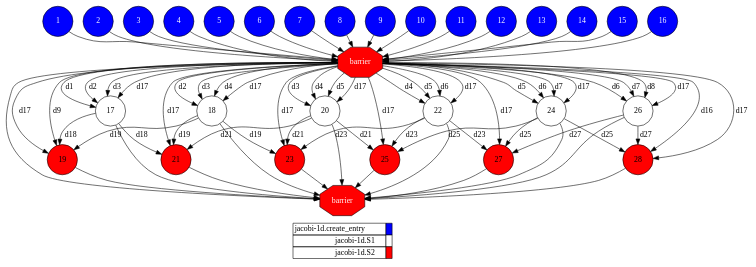
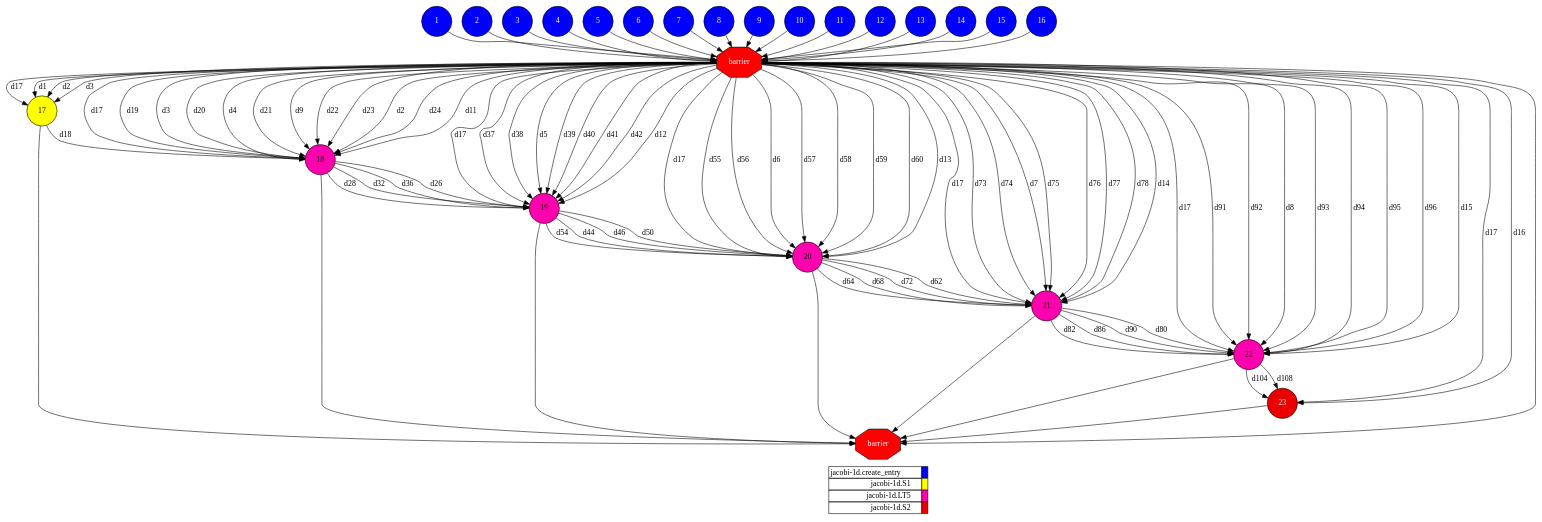
Before and after one commit to cristianrcv/pycompss-autoparallel: the diagram in examples/jacobi-1d/results/local/autoparallel/complete_graph.dot, drawn with Graphviz. The commit also changed 69 other files, not shown here.

```diff
--- a/examples/jacobi-1d/results/local/autoparallel/complete_graph.dot
+++ b/examples/jacobi-1d/results/local/autoparallel/complete_graph.dot
@@ -1,137 +1,156 @@
 digraph {
   rankdir=TB;
   labeljust="l";
   subgraph dependence_graph {
     ranksep=0.20;
     node[height=0.75];
 
 1[shape=circle, style=filled fillcolor="#0000ff" fontcolor="#ffffff"];
 2[shape=circle, style=filled fillcolor="#0000ff" fontcolor="#ffffff"];
 3[shape=circle, style=filled fillcolor="#0000ff" fontcolor="#ffffff"];
 4[shape=circle, style=filled fillcolor="#0000ff" fontcolor="#ffffff"];
 5[shape=circle, style=filled fillcolor="#0000ff" fontcolor="#ffffff"];
 6[shape=circle, style=filled fillcolor="#0000ff" fontcolor="#ffffff"];
 7[shape=circle, style=filled fillcolor="#0000ff" fontcolor="#ffffff"];
 8[shape=circle, style=filled fillcolor="#0000ff" fontcolor="#ffffff"];
 9[shape=circle, style=filled fillcolor="#0000ff" fontcolor="#ffffff"];
 10[shape=circle, style=filled fillcolor="#0000ff" fontcolor="#ffffff"];
 11[shape=circle, style=filled fillcolor="#0000ff" fontcolor="#ffffff"];
 12[shape=circle, style=filled fillcolor="#0000ff" fontcolor="#ffffff"];
 13[shape=circle, style=filled fillcolor="#0000ff" fontcolor="#ffffff"];
 14[shape=circle, style=filled fillcolor="#0000ff" fontcolor="#ffffff"];
 15[shape=circle, style=filled fillcolor="#0000ff" fontcolor="#ffffff"];
 16[shape=circle, style=filled fillcolor="#0000ff" fontcolor="#ffffff"];
 Synchro1[label="barrier", shape=octagon, style=filled fillcolor="#ff0000" fontcolor="#FFFFFF"];
+14 -> Synchro1;
+6 -> Synchro1;
+3 -> Synchro1;
+4 -> Synchro1;
+8 -> Synchro1;
+7 -> Synchro1;
+2 -> Synchro1;
+12 -> Synchro1;
+5 -> Synchro1;
 11 -> Synchro1;
-3 -> Synchro1;
-6 -> Synchro1;
+16 -> Synchro1;
+1 -> Synchro1;
+9 -> Synchro1;
+13 -> Synchro1;
 10 -> Synchro1;
-9 -> Synchro1;
-12 -> Synchro1;
-1 -> Synchro1;
 15 -> Synchro1;
-5 -> Synchro1;
-4 -> Synchro1;
-7 -> Synchro1;
-8 -> Synchro1;
-16 -> Synchro1;
-14 -> Synchro1;
-13 -> Synchro1;
-2 -> Synchro1;
-17[shape=circle, style=filled fillcolor="#ffffff" fontcolor="#000000"];
+17[shape=circle, style=filled fillcolor="#ffff00" fontcolor="#000000"];
 Synchro1 -> 17[ label="d17" ];
 Synchro1 -> 17[ label="d1" ];
 Synchro1 -> 17[ label="d2" ];
 Synchro1 -> 17[ label="d3" ];
-18[shape=circle, style=filled fillcolor="#ffffff" fontcolor="#000000"];
+18[shape=circle, style=filled fillcolor="#ff00ae" fontcolor="#000000"];
 Synchro1 -> 18[ label="d17" ];
+Synchro1 -> 18[ label="d19" ];
+Synchro1 -> 18[ label="d3" ];
+Synchro1 -> 18[ label="d20" ];
+Synchro1 -> 18[ label="d4" ];
+Synchro1 -> 18[ label="d21" ];
+Synchro1 -> 18[ label="d9" ];
+Synchro1 -> 18[ label="d22" ];
+17 -> 18[ label="d18" ];
+Synchro1 -> 18[ label="d23" ];
 Synchro1 -> 18[ label="d2" ];
-Synchro1 -> 18[ label="d3" ];
-Synchro1 -> 18[ label="d4" ];
-19[shape=circle, style=filled fillcolor="#ff0000" fontcolor="#000000"];
+Synchro1 -> 18[ label="d24" ];
+Synchro1 -> 18[ label="d11" ];
+19[shape=circle, style=filled fillcolor="#ff00ae" fontcolor="#000000"];
 Synchro1 -> 19[ label="d17" ];
-Synchro1 -> 19[ label="d9" ];
-17 -> 19[ label="d18" ];
-18 -> 19[ label="d19" ];
-20[shape=circle, style=filled fillcolor="#ffffff" fontcolor="#000000"];
+Synchro1 -> 19[ label="d37" ];
+18 -> 19[ label="d28" ];
+Synchro1 -> 19[ label="d38" ];
+Synchro1 -> 19[ label="d5" ];
+Synchro1 -> 19[ label="d39" ];
+18 -> 19[ label="d32" ];
+Synchro1 -> 19[ label="d40" ];
+18 -> 19[ label="d36" ];
+Synchro1 -> 19[ label="d41" ];
+18 -> 19[ label="d26" ];
+Synchro1 -> 19[ label="d42" ];
+Synchro1 -> 19[ label="d12" ];
+20[shape=circle, style=filled fillcolor="#ff00ae" fontcolor="#000000"];
 Synchro1 -> 20[ label="d17" ];
-Synchro1 -> 20[ label="d3" ];
-Synchro1 -> 20[ label="d4" ];
-Synchro1 -> 20[ label="d5" ];
-21[shape=circle, style=filled fillcolor="#ff0000" fontcolor="#000000"];
+Synchro1 -> 20[ label="d55" ];
+19 -> 20[ label="d46" ];
+Synchro1 -> 20[ label="d56" ];
+Synchro1 -> 20[ label="d6" ];
+Synchro1 -> 20[ label="d57" ];
+19 -> 20[ label="d50" ];
+Synchro1 -> 20[ label="d58" ];
+19 -> 20[ label="d54" ];
+Synchro1 -> 20[ label="d59" ];
+19 -> 20[ label="d44" ];
+Synchro1 -> 20[ label="d60" ];
+Synchro1 -> 20[ label="d13" ];
+21[shape=circle, style=filled fillcolor="#ff00ae" fontcolor="#000000"];
 Synchro1 -> 21[ label="d17" ];
-17 -> 21[ label="d18" ];
-18 -> 21[ label="d19" ];
-20 -> 21[ label="d21" ];
-22[shape=circle, style=filled fillcolor="#ffffff" fontcolor="#000000"];
+Synchro1 -> 21[ label="d73" ];
+20 -> 21[ label="d64" ];
+Synchro1 -> 21[ label="d74" ];
+Synchro1 -> 21[ label="d7" ];
+Synchro1 -> 21[ label="d75" ];
+20 -> 21[ label="d68" ];
+Synchro1 -> 21[ label="d76" ];
+20 -> 21[ label="d72" ];
+Synchro1 -> 21[ label="d77" ];
+20 -> 21[ label="d62" ];
+Synchro1 -> 21[ label="d78" ];
+Synchro1 -> 21[ label="d14" ];
+22[shape=circle, style=filled fillcolor="#ff00ae" fontcolor="#000000"];
 Synchro1 -> 22[ label="d17" ];
-Synchro1 -> 22[ label="d4" ];
-Synchro1 -> 22[ label="d5" ];
-Synchro1 -> 22[ label="d6" ];
-23[shape=circle, style=filled fillcolor="#ff0000" fontcolor="#000000"];
+Synchro1 -> 22[ label="d91" ];
+21 -> 22[ label="d82" ];
+Synchro1 -> 22[ label="d92" ];
+Synchro1 -> 22[ label="d8" ];
+Synchro1 -> 22[ label="d93" ];
+21 -> 22[ label="d86" ];
+Synchro1 -> 22[ label="d94" ];
+21 -> 22[ label="d90" ];
+Synchro1 -> 22[ label="d95" ];
+21 -> 22[ label="d80" ];
+Synchro1 -> 22[ label="d96" ];
+Synchro1 -> 22[ label="d15" ];
+23[shape=circle, style=filled fillcolor="#eb0000" fontcolor="#ffffff"];
 Synchro1 -> 23[ label="d17" ];
-18 -> 23[ label="d19" ];
-20 -> 23[ label="d21" ];
-22 -> 23[ label="d23" ];
-24[shape=circle, style=filled fillcolor="#ffffff" fontcolor="#000000"];
-Synchro1 -> 24[ label="d17" ];
-Synchro1 -> 24[ label="d5" ];
-Synchro1 -> 24[ label="d6" ];
-Synchro1 -> 24[ label="d7" ];
-25[shape=circle, style=filled fillcolor="#ff0000" fontcolor="#000000"];
-Synchro1 -> 25[ label="d17" ];
-20 -> 25[ label="d21" ];
-22 -> 25[ label="d23" ];
-24 -> 25[ label="d25" ];
-26[shape=circle, style=filled fillcolor="#ffffff" fontcolor="#000000"];
-Synchro1 -> 26[ label="d17" ];
-Synchro1 -> 26[ label="d6" ];
-Synchro1 -> 26[ label="d7" ];
-Synchro1 -> 26[ label="d8" ];
-27[shape=circle, style=filled fillcolor="#ff0000" fontcolor="#000000"];
-Synchro1 -> 27[ label="d17" ];
-22 -> 27[ label="d23" ];
-24 -> 27[ label="d25" ];
-26 -> 27[ label="d27" ];
-28[shape=circle, style=filled fillcolor="#ff0000" fontcolor="#000000"];
-Synchro1 -> 28[ label="d17" ];
-24 -> 28[ label="d25" ];
-26 -> 28[ label="d27" ];
-Synchro1 -> 28[ label="d16" ];
+22 -> 23[ label="d104" ];
+22 -> 23[ label="d108" ];
+Synchro1 -> 23[ label="d16" ];
 Synchro2[label="barrier", shape=octagon, style=filled fillcolor="#ff0000" fontcolor="#FFFFFF"];
 Synchro1 -> Synchro2;
-28 -> Synchro2;
-24 -> Synchro2;
-21 -> Synchro2;
-17 -> Synchro2;
-20 -> Synchro2;
-26 -> Synchro2;
-25 -> Synchro2;
-19 -> Synchro2;
+23 -> Synchro2;
 18 -> Synchro2;
 22 -> Synchro2;
-27 -> Synchro2;
-23 -> Synchro2;  }
+20 -> Synchro2;
+19 -> Synchro2;
+21 -> Synchro2;
+17 -> Synchro2;  }
   subgraph legend {
     rank=sink;
     node [shape=plaintext, height=0.75];
     ranksep=0.20;
     label = "Legend";
     key [label=<
       <table border="0" cellpadding="2" cellspacing="0" cellborder="1">
 <tr>
 <td align="right">jacobi-1d.create_entry</td>
 <td bgcolor="#0000ff">&nbsp;</td>
 </tr>
 <tr>
 <td align="right">jacobi-1d.S1</td>
-<td bgcolor="#ffffff">&nbsp;</td>
+<td bgcolor="#ffff00">&nbsp;</td>
+</tr>
+<tr>
+<td align="right">jacobi-1d.LT5</td>
+<td bgcolor="#ff00ae">&nbsp;</td>
 </tr>
 <tr>
 <td align="right">jacobi-1d.S2</td>
-<td bgcolor="#ff0000">&nbsp;</td>
+<td bgcolor="#eb0000">&nbsp;</td>
 </tr>
       </table>
     >]
   }
 }
```
